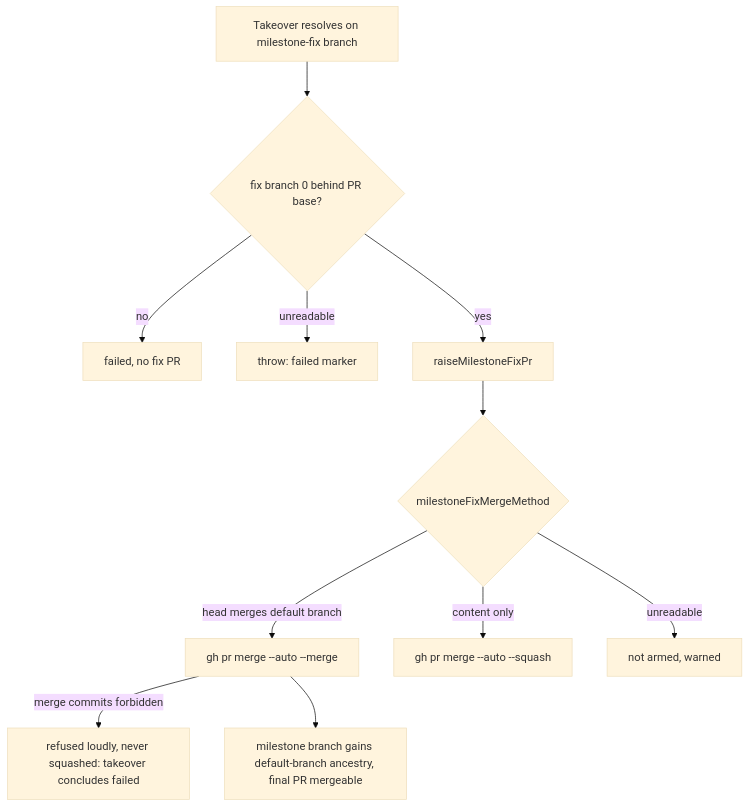
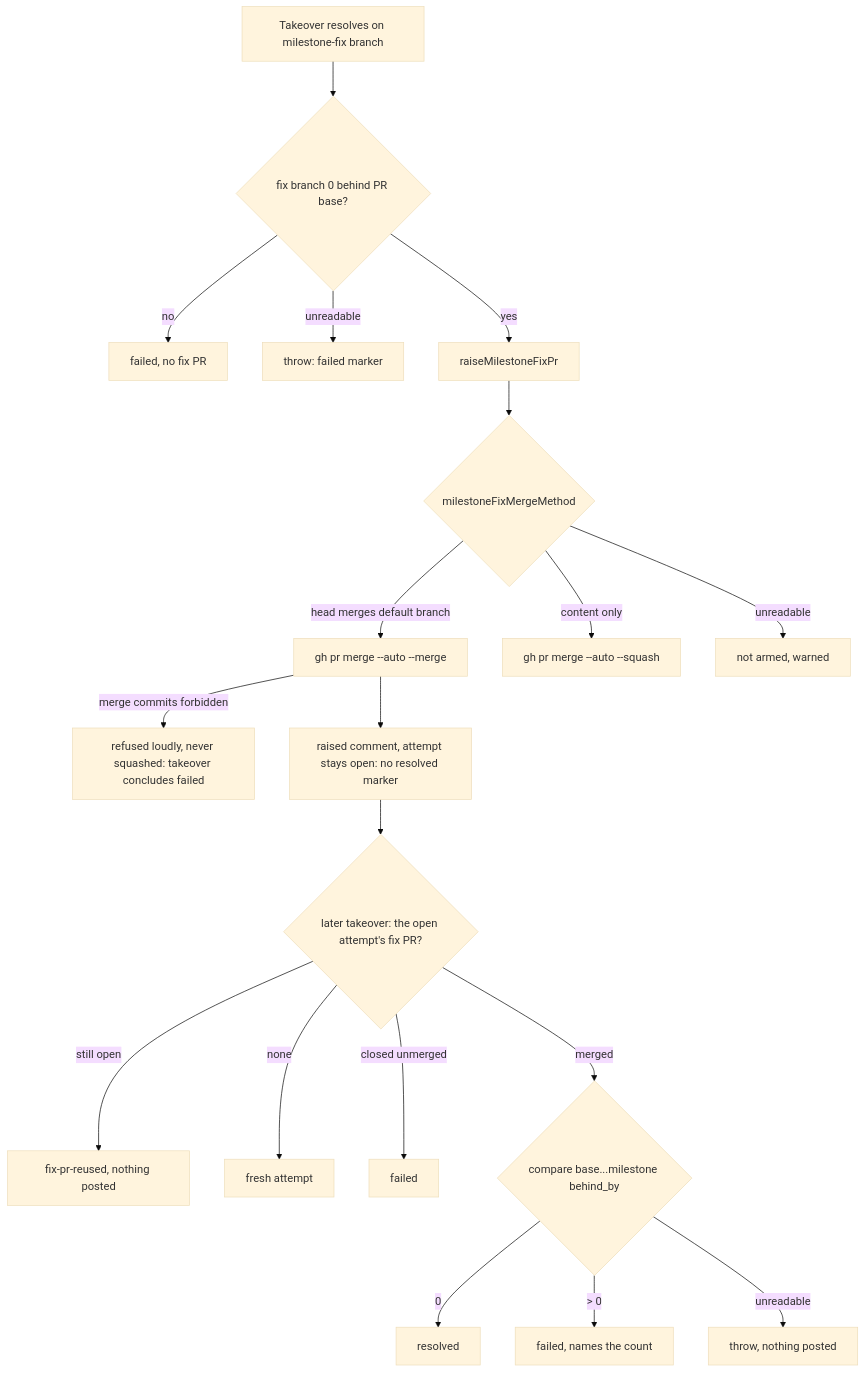
Before and after one commit to stSoftwareAU/VibeCoder: the diagram in docs/archive/pr-summaries/pr-summary-3596.md, drawn with Mermaid (base theme). The commit also changed other lines of this file and 11 other files, not shown here.

First line of the commit message:
Report a takeover resolved only once its fix PR has landed level (#3596)

````diff
--- a/docs/archive/pr-summaries/pr-summary-3596.md
+++ b/docs/archive/pr-summaries/pr-summary-3596.md
@@ -28,13 +30,21 @@
 ```mermaid
 flowchart TD
     A[Takeover resolves on milestone-fix branch] --> B{fix branch 0 behind PR base?}
     B -- no --> F[failed, no fix PR]
     B -- unreadable --> T[throw: failed marker]
     B -- yes --> C[raiseMilestoneFixPr]
     C --> D{milestoneFixMergeMethod}
     D -- head merges default branch --> M["gh pr merge --auto --merge"]
     D -- content only --> S["gh pr merge --auto --squash"]
     D -- unreadable --> U[not armed, warned]
     M -- merge commits forbidden --> R[refused loudly, never squashed: takeover concludes failed]
-    M --> L[milestone branch gains default-branch ancestry, final PR mergeable]
+    M --> P[raised comment, attempt stays open: no resolved marker]
+    P --> X{later takeover: the open attempt's fix PR?}
+    X -- "still open" --> XR[fix-pr-reused, nothing posted]
+    X -- "none" --> XN[fresh attempt]
+    X -- "closed unmerged" --> XF[failed]
+    X -- merged --> Y{"compare base...milestone behind_by"}
+    Y -- 0 --> RS[resolved]
+    Y -- "> 0" --> YF[failed, names the count]
+    Y -- unreadable --> YT[throw, nothing posted]
 ```
````
